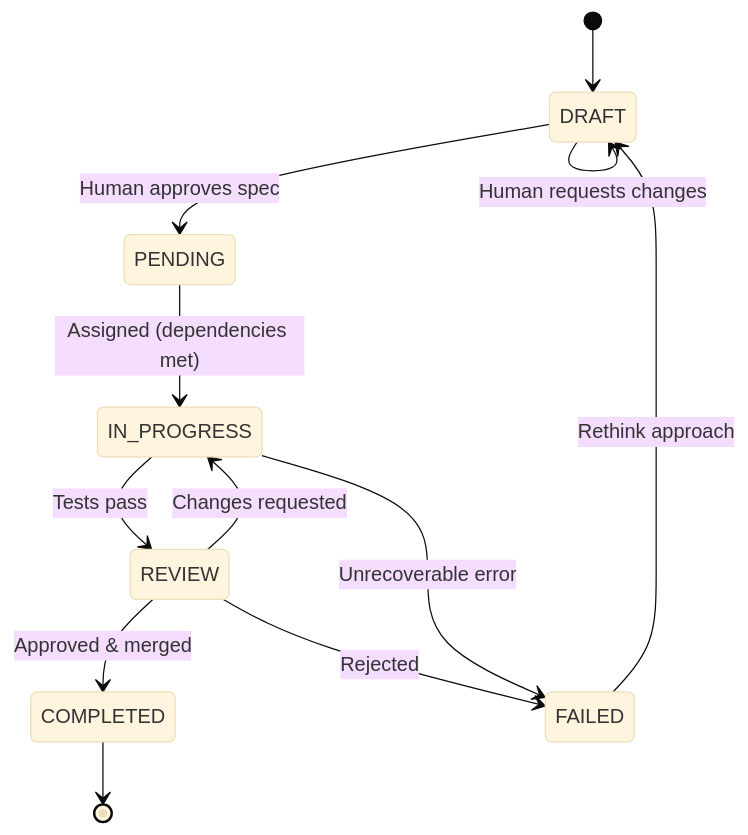
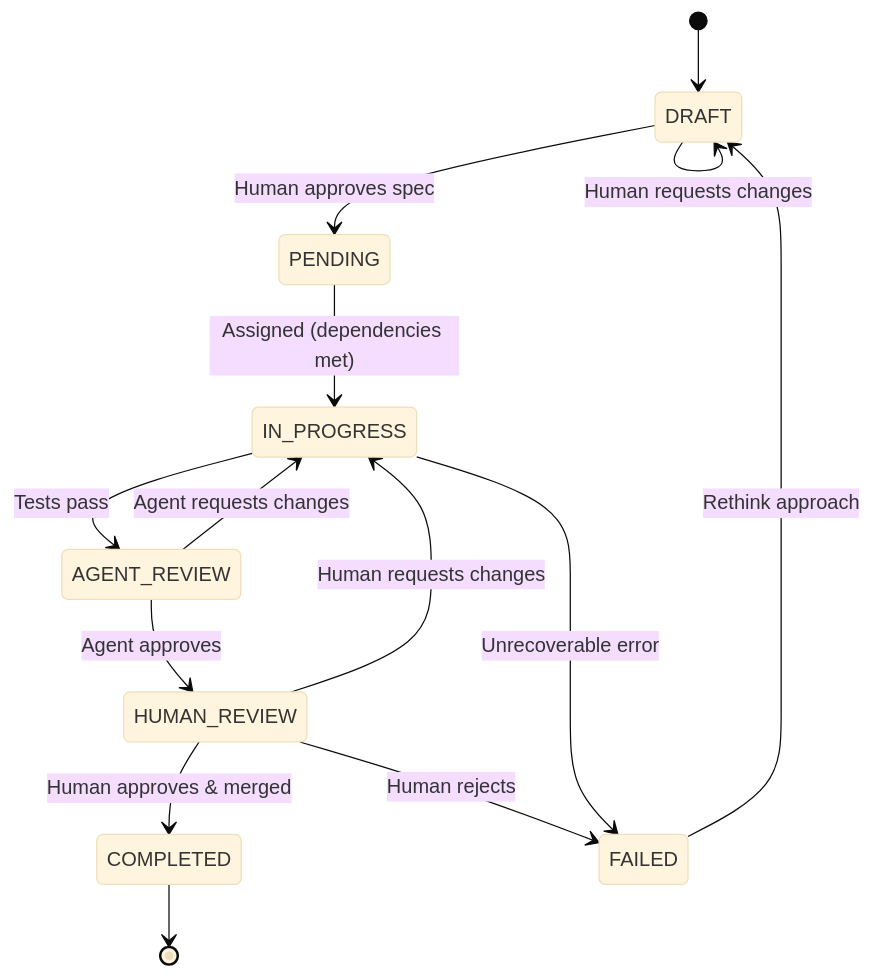
One commit to dbyrne/auto-godot changed the second of 8 diagrams in SPEC.md. Above: the diagram before and after it, drawn with Mermaid (base theme). The commit also changed other lines of this file, not shown here.

First line of the commit message:
Split REVIEW into AGENT_REVIEW and HUMAN_REVIEW

````diff
--- a/SPEC.md
+++ b/SPEC.md
@@ -325,16 +325,18 @@
 ```mermaid
 stateDiagram-v2
     [*] --> DRAFT
     DRAFT --> PENDING: Human approves spec
     DRAFT --> DRAFT: Human requests changes
     PENDING --> IN_PROGRESS: Assigned (dependencies met)
-    IN_PROGRESS --> REVIEW: Tests pass
-    REVIEW --> COMPLETED: Approved & merged
-    REVIEW --> IN_PROGRESS: Changes requested
-    REVIEW --> FAILED: Rejected
+    IN_PROGRESS --> AGENT_REVIEW: Tests pass
+    AGENT_REVIEW --> IN_PROGRESS: Agent requests changes
+    AGENT_REVIEW --> HUMAN_REVIEW: Agent approves
+    HUMAN_REVIEW --> IN_PROGRESS: Human requests changes
+    HUMAN_REVIEW --> COMPLETED: Human approves & merged
+    HUMAN_REVIEW --> FAILED: Human rejects
     COMPLETED --> [*]
 
     IN_PROGRESS --> FAILED: Unrecoverable error
 
     FAILED --> DRAFT: Rethink approach
 ```
````
